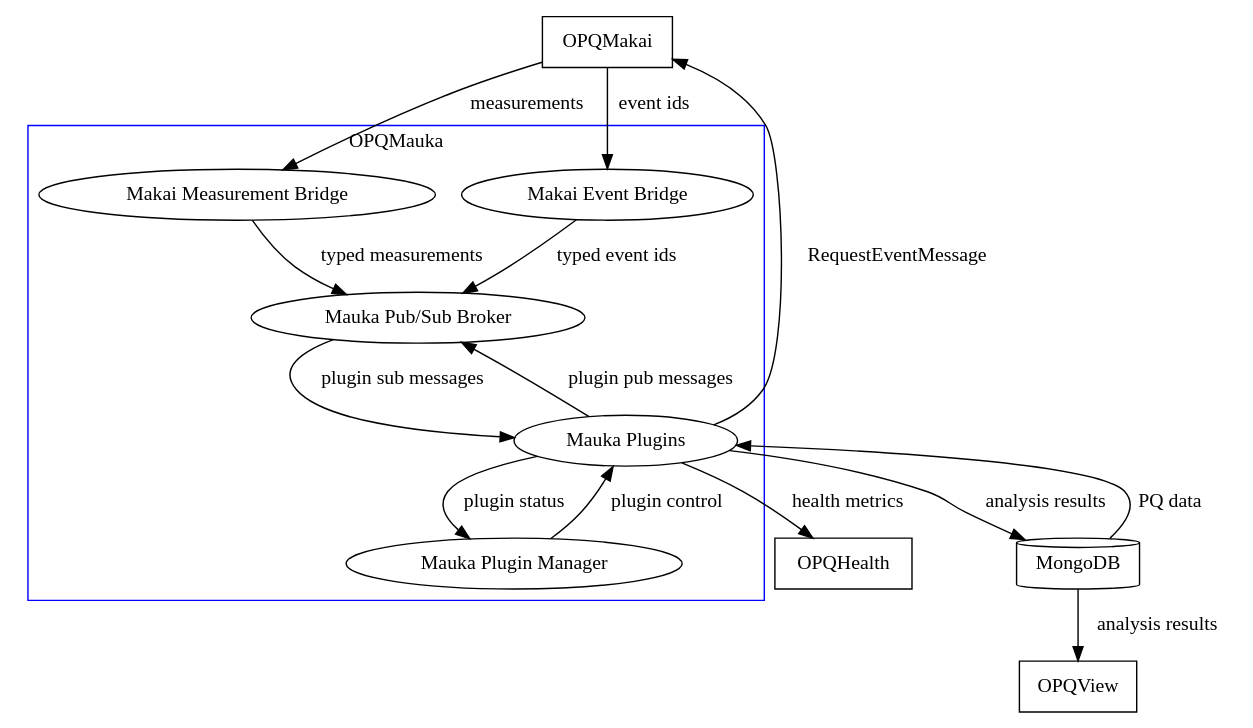
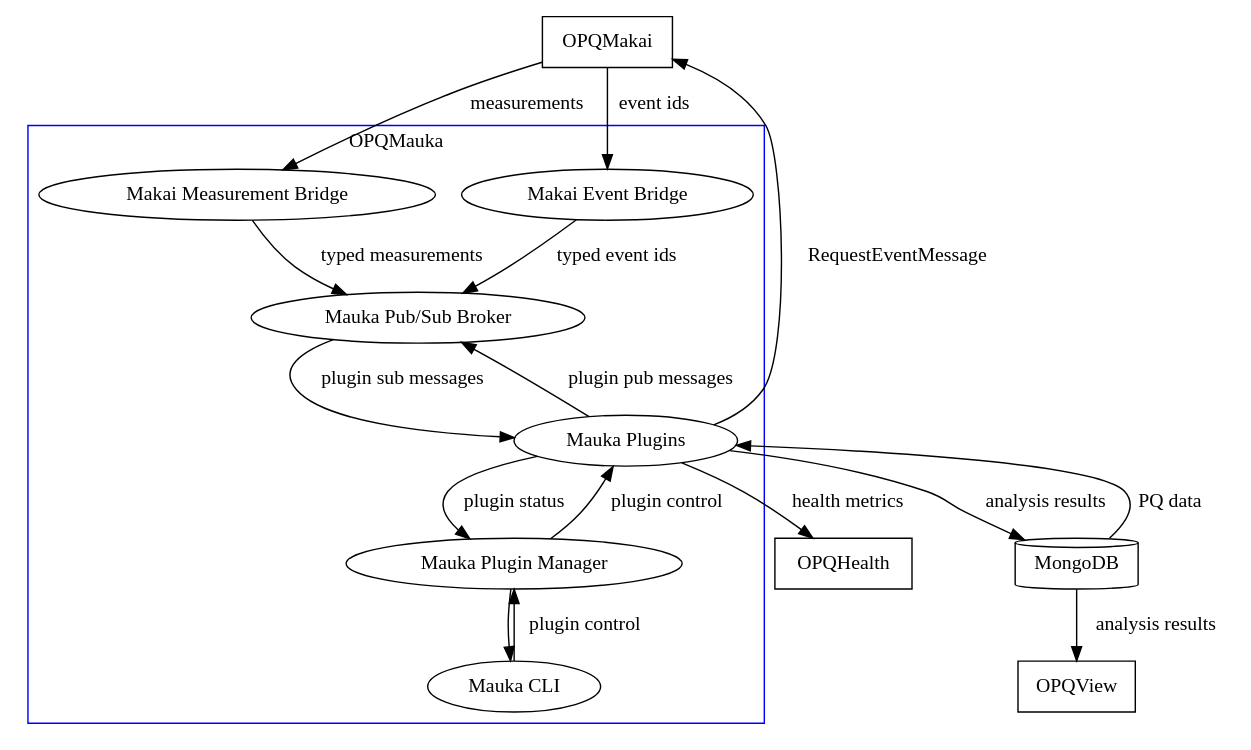
The diagram in mauka/diagrams/mauka_integration_diagram.dot (openpowerquality/opq), drawn with Graphviz before and after one commit. The commit also changed 4 other files, not shown here.

Commit message:
Add Mauka port diagram.

```diff
--- a/mauka/diagrams/mauka_integration_diagram.dot
+++ b/mauka/diagrams/mauka_integration_diagram.dot
@@ -1,35 +1,38 @@
 digraph mauka_services_diagram {
     OPQMakai[shape=box];
 
     subgraph cluster_mauka {
         label="OPQMauka";
         MakaiMeasurementBridge [label="Makai Measurement Bridge"];
         MakaiEventBridge [label="Makai Event Bridge"];
         PubSubBroker [label="Mauka Pub/Sub Broker"];
         MaukaPlugins [label="Mauka Plugins"];
         MaukaPluginManager [label="Mauka Plugin Manager"];
+        MaukaCli [label="Mauka CLI"]
         color=blue;
 
         MakaiMeasurementBridge -> PubSubBroker [label="typed measurements"]
         MakaiEventBridge -> PubSubBroker [label="typed event ids"]
         PubSubBroker -> MaukaPlugins [label="plugin sub messages"]
         MaukaPlugins -> PubSubBroker [label="plugin pub messages"]
         MaukaPlugins -> MaukaPluginManager [label="plugin status"]
         MaukaPluginManager -> MaukaPlugins [label="plugin control"]
+        MaukaCli -> MaukaPluginManager [label="plugin control"]
+        MaukaPluginManager -> MaukaCli
     }
 
     OPQMakai -> MakaiMeasurementBridge [label="measurements"]
     OPQMakai -> MakaiEventBridge [label="event ids"]
 
     OPQHealth[shape=box];
     OPQView[shape=box]
     MongoDB[shape=cylinder];
 
     MaukaPlugins -> MongoDB [label="analysis results"]
     MongoDB -> MaukaPlugins [label="PQ data"]
     MaukaPlugins -> OPQHealth [label="health metrics"]
 
     MongoDB -> OPQView [label="analysis results"]
 
     MaukaPlugins -> OPQMakai [label="RequestEventMessage"]
 }
```
